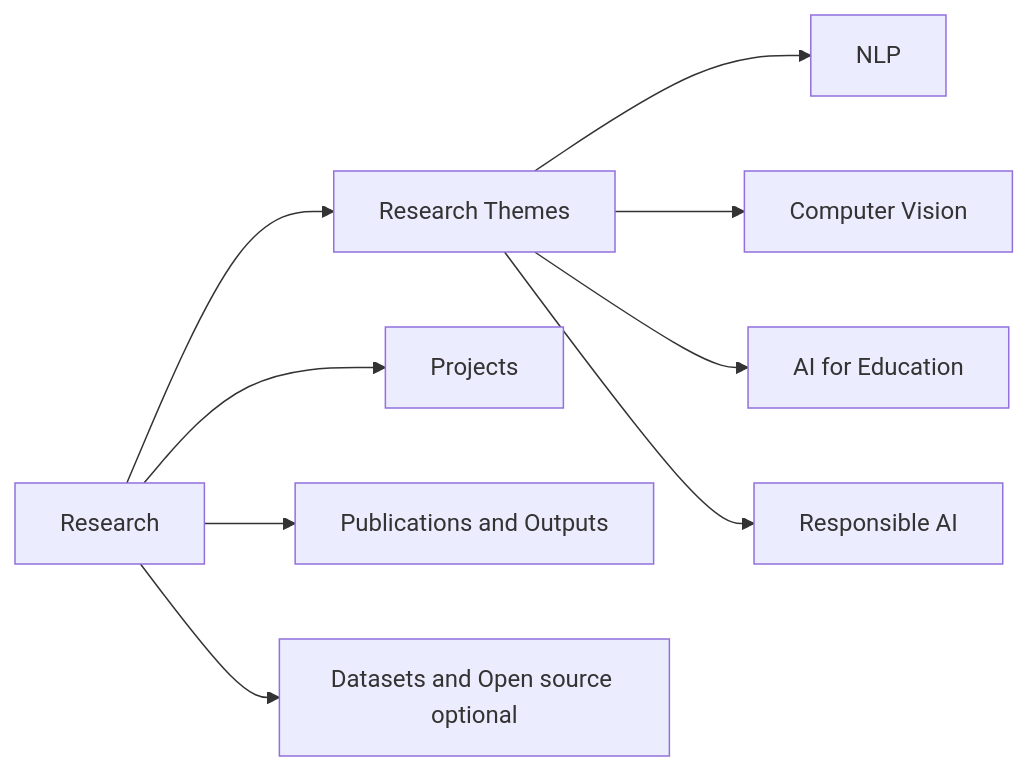
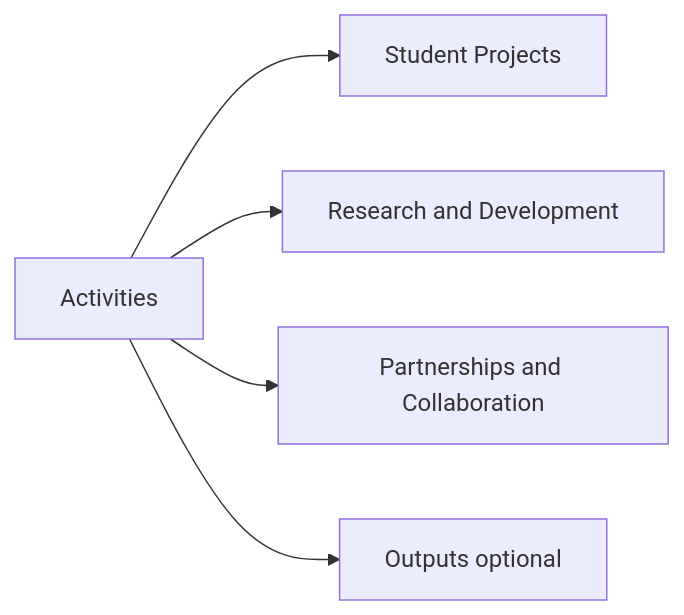
One commit to fhtm21/InnoLab changed the third of 7 diagrams in conceptual/microsite_concept.md. Above: the diagram before and after it, drawn with Mermaid. The commit also changed other lines of this file and 3 other files, not shown here.

````diff
--- a/conceptual/microsite_concept.md
+++ b/conceptual/microsite_concept.md
@@ -116,12 +110,7 @@
 ```mermaid
 flowchart LR
-  R[Research] --> R1[Research Themes]
-  R --> R2[Projects]
-  R --> R3[Publications and Outputs]
-  R --> R4[Datasets and Open source optional]
-
-  R1 --> T1[NLP]
-  R1 --> T2[Computer Vision]
-  R1 --> T3[AI for Education]
-  R1 --> T4[Responsible AI]
+  AC[Activities] --> AC1[Student Projects]
+  AC --> AC2[Research and Development]
+  AC --> AC3[Partnerships and Collaboration]
+  AC --> AC4[Outputs optional]
 ```
````
